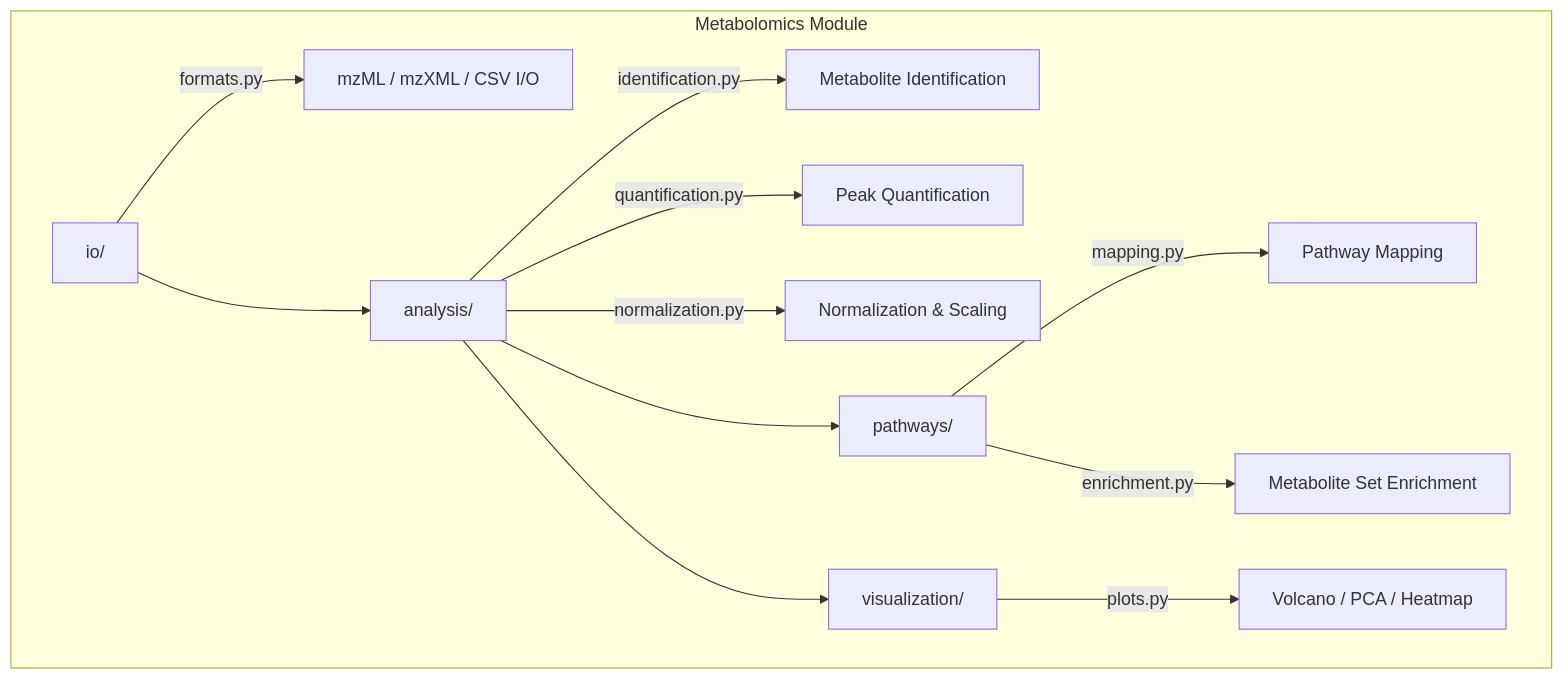
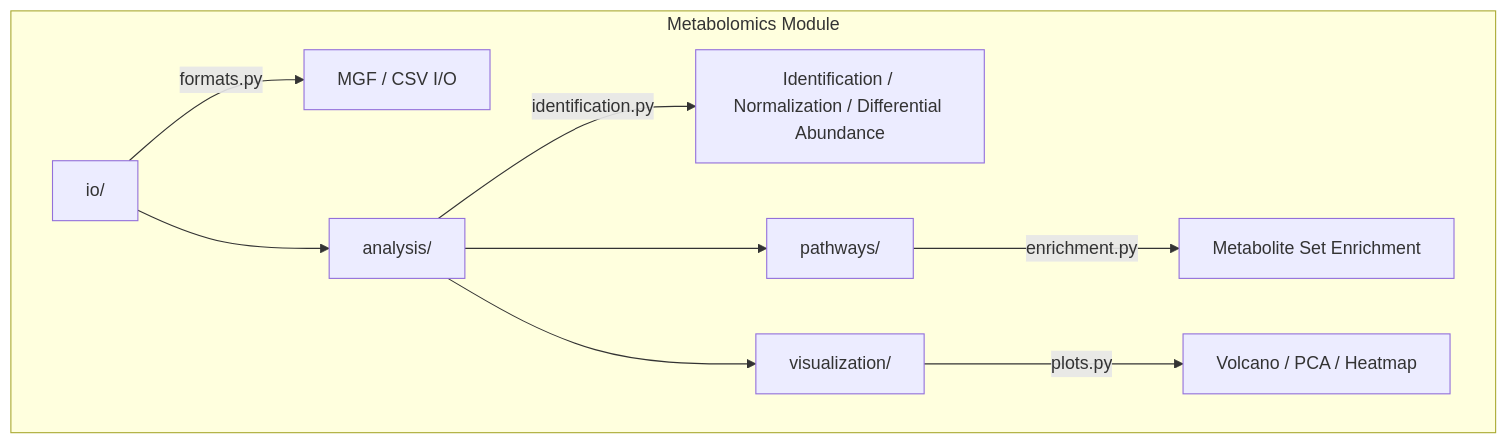
One commit to docxology/MetaInformAnt changed the diagram in docs/metabolomics/README.md. Above: the diagram before and after it, drawn with Mermaid. The commit also changed other lines of this file and 115 other files, not shown here.

````diff
--- a/docs/metabolomics/README.md
+++ b/docs/metabolomics/README.md
@@ -16,19 +16,16 @@
 ```mermaid
 graph TD
     subgraph "Metabolomics Module"
-        IO[io/] --> |formats.py| FMT[mzML / mzXML / CSV I/O]
+        IO[io/] --> |formats.py| FMT[MGF / CSV I/O]
 
-        AN[analysis/] --> |identification.py| ID[Metabolite Identification]
-        AN --> |quantification.py| QT[Peak Quantification]
-        AN --> |normalization.py| NM[Normalization & Scaling]
+        AN[analysis/] --> |identification.py| ID[Identification / Normalization / Differential Abundance]
 
-        PW[pathways/] --> |mapping.py| PM[Pathway Mapping]
-        PW --> |enrichment.py| PE[Metabolite Set Enrichment]
+        PW[pathways/] --> |enrichment.py| PE[Metabolite Set Enrichment]
 
         VZ[visualization/] --> |plots.py| PL[Volcano / PCA / Heatmap]
     end
 
     IO --> AN
     AN --> PW
     AN --> VZ
 ```
````
